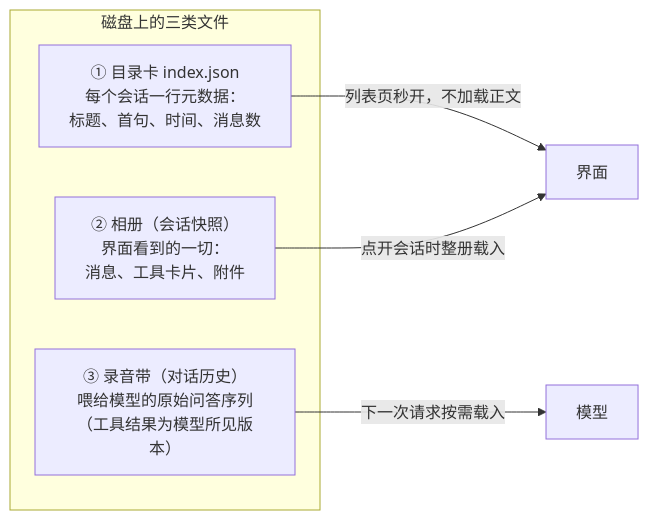
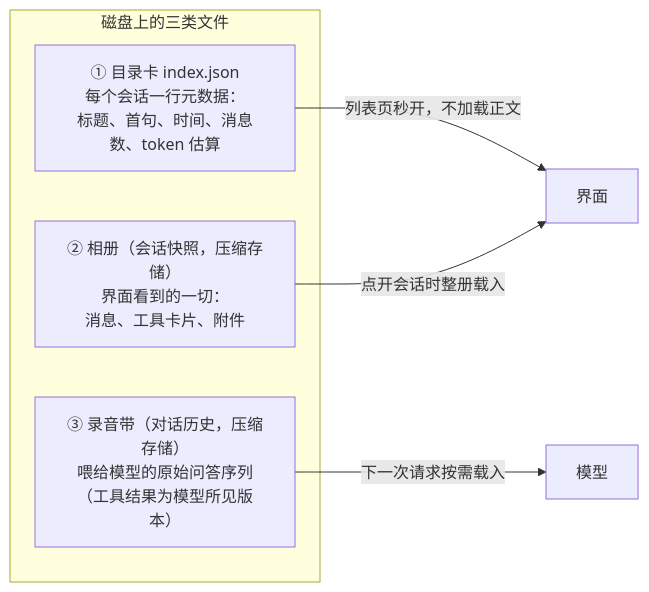
Diagram 11 of 16 in docs/agent-architecture.md (Bronya0/ally-agent), drawn with Mermaid before and after one commit. The commit also changed other lines of this file, not shown here.

First line of the commit message:
docs: deepen architecture guide with missing chapters and technical detail

````diff
--- a/docs/agent-architecture.md
+++ b/docs/agent-architecture.md
@@ -333,11 +513,11 @@
 ```mermaid
 flowchart LR
     subgraph FILES["磁盘上的三类文件"]
-        IDX["① 目录卡 index.json<br/>每个会话一行元数据：<br/>标题、首句、时间、消息数"]
-        SNAP["② 相册（会话快照）<br/>界面看到的一切：<br/>消息、工具卡片、附件"]
-        HIST["③ 录音带（对话历史）<br/>喂给模型的原始问答序列<br/>（工具结果为模型所见版本）"]
+        IDX["① 目录卡 index.json<br/>每个会话一行元数据：<br/>标题、首句、时间、消息数、token 估算"]
+        SNAP["② 相册（会话快照，压缩存储）<br/>界面看到的一切：<br/>消息、工具卡片、附件"]
+        HIST["③ 录音带（对话历史，压缩存储）<br/>喂给模型的原始问答序列<br/>（工具结果为模型所见版本）"]
     end
     IDX -->|"列表页秒开，不加载正文"| UI["界面"]
     SNAP -->|"点开会话时整册载入"| UI
     HIST -->|"下一次请求按需载入"| MODEL["模型"]
 ```
````
